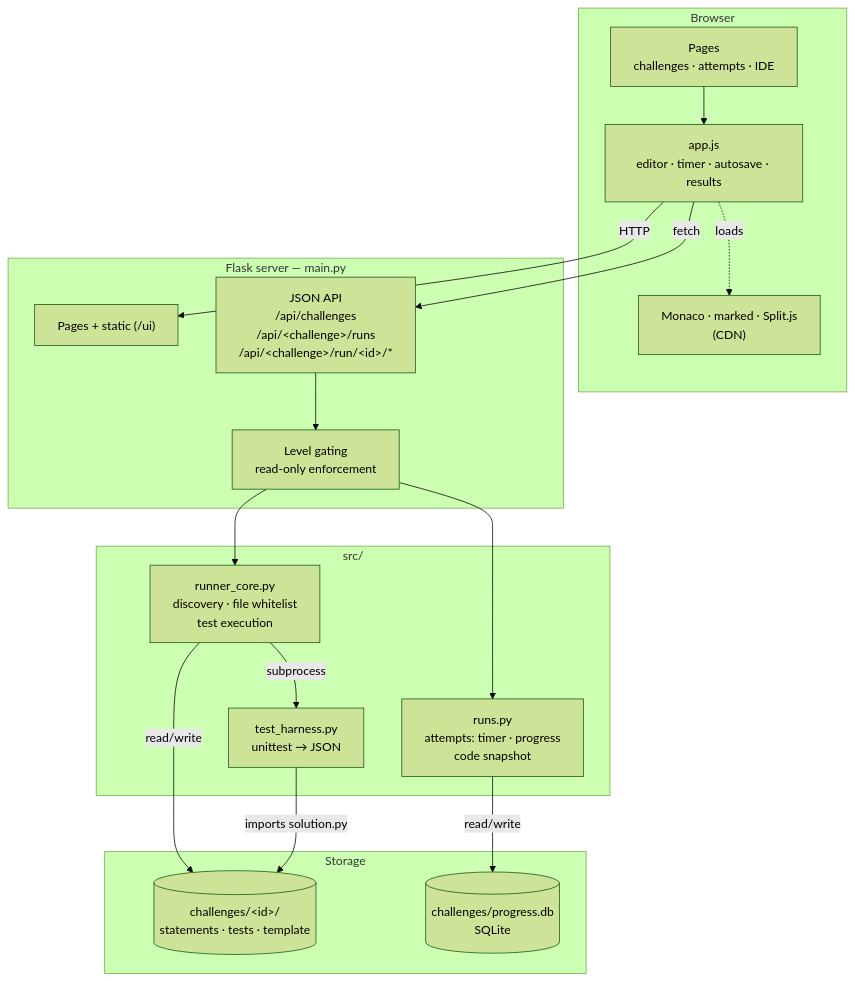
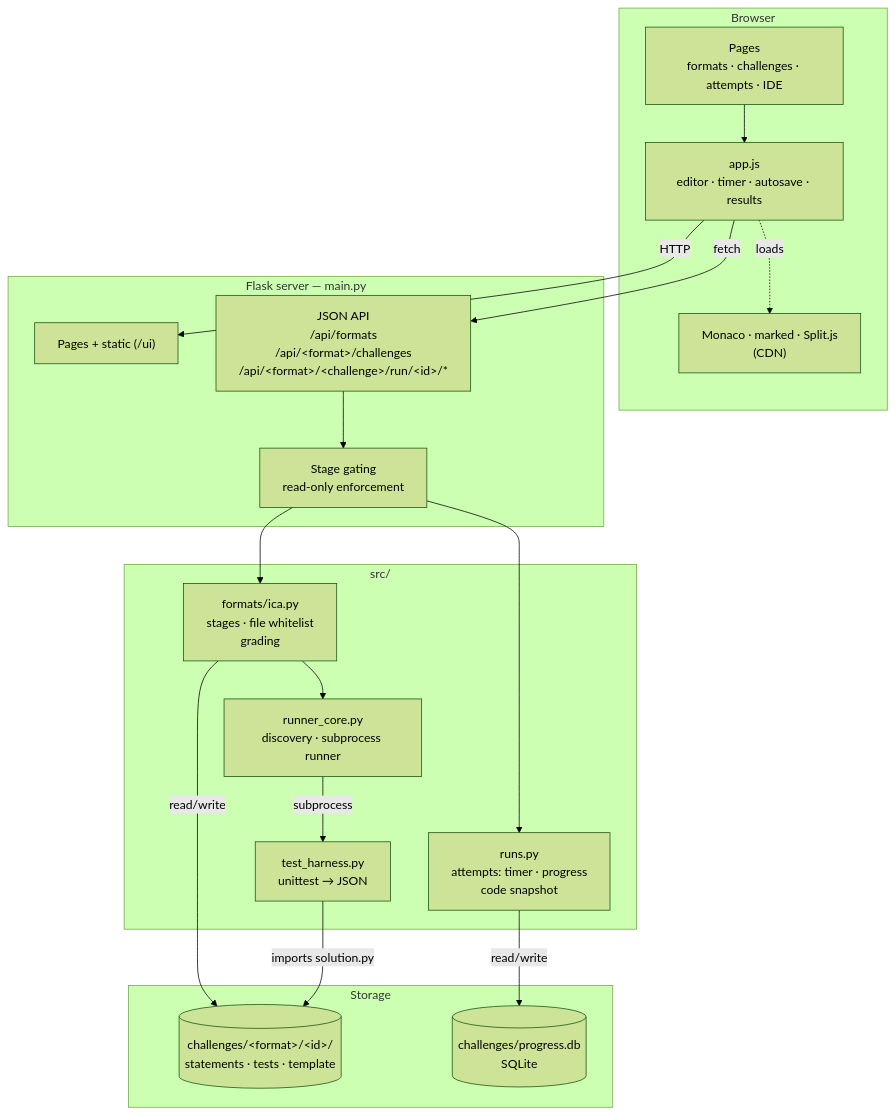
Before and after one commit to evertoncastro/CodeReps: the first of 4 diagrams in COMPONENTS.md, drawn with Mermaid (forest theme). The commit also changed other lines of this file and 76 other files, not shown here.

````diff
--- a/COMPONENTS.md
+++ b/COMPONENTS.md
@@ -8,37 +8,39 @@
 ```mermaid
 graph TB
     subgraph browser["Browser"]
-        pages["Pages<br/>challenges · attempts · IDE"]
+        pages["Pages<br/>formats · challenges · attempts · IDE"]
         appjs["app.js<br/>editor · timer · autosave · results"]
         cdn["Monaco · marked · Split.js<br/>(CDN)"]
         appjs -.->|"loads"| cdn
     end
 
     subgraph server["Flask server — main.py"]
         routes["Pages + static (/ui)"]
-        api["JSON API<br/>/api/challenges<br/>/api/&lt;challenge&gt;/runs<br/>/api/&lt;challenge&gt;/run/&lt;id&gt;/*"]
-        gate["Level gating<br/>read-only enforcement"]
+        api["JSON API<br/>/api/formats<br/>/api/&lt;format&gt;/challenges<br/>/api/&lt;format&gt;/&lt;challenge&gt;/run/&lt;id&gt;/*"]
+        gate["Stage gating<br/>read-only enforcement"]
     end
 
     subgraph core["src/"]
-        runner["runner_core.py<br/>discovery · file whitelist<br/>test execution"]
+        fmt["formats/ica.py<br/>stages · file whitelist<br/>grading"]
+        runner["runner_core.py<br/>discovery · subprocess runner"]
         runs["runs.py<br/>attempts: timer · progress<br/>code snapshot"]
         harness["test_harness.py<br/>unittest → JSON"]
     end
 
     subgraph storage["Storage"]
-        lib[("challenges/&lt;id&gt;/<br/>statements · tests · template")]
+        lib[("challenges/&lt;format&gt;/&lt;id&gt;/<br/>statements · tests · template")]
         db[("challenges/progress.db<br/>SQLite")]
     end
 
     pages --> appjs
     appjs -->|"HTTP"| routes
     appjs -->|"fetch"| api
     api --> gate
-    gate --> runner
+    gate --> fmt
     gate --> runs
+    fmt --> runner
     runner -->|"subprocess"| harness
-    runner -->|"read/write"| lib
+    fmt -->|"read/write"| lib
     harness -->|"imports solution.py"| lib
     runs -->|"read/write"| db
 ```
````
